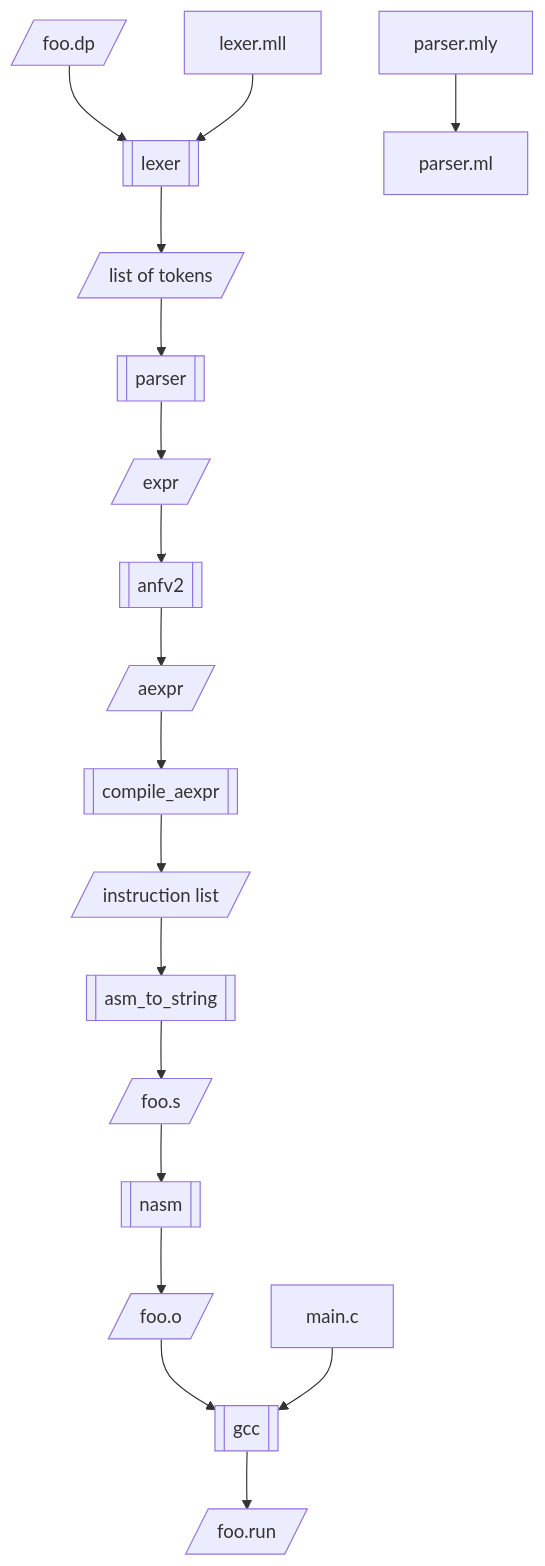
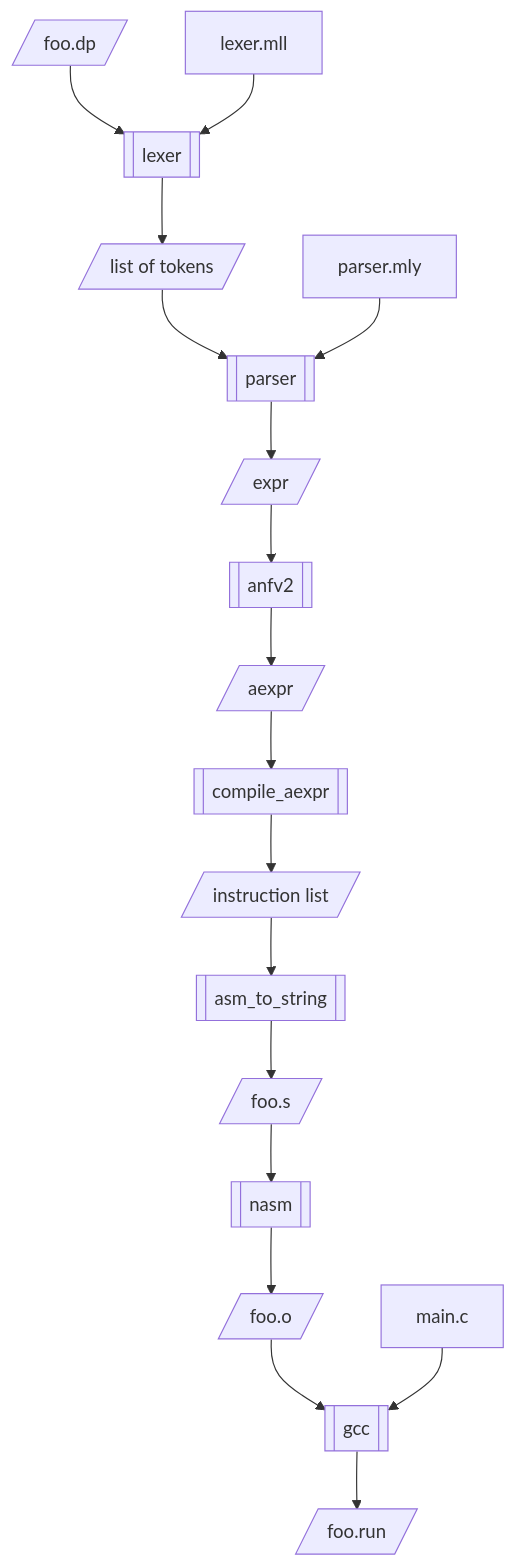
One commit to humberto-ortiz/compilers-2022 changed the diagram in dpc/compiler-diagram.md. Above: the diagram before and after it, drawn with Mermaid.

Commit message:
Moved parser node

````diff
--- a/dpc/compiler-diagram.md
+++ b/dpc/compiler-diagram.md
@@ -3,36 +3,36 @@
 ```mermaid
 flowchart TD
 in[/foo.dp/]
  -->
 lexer[[lexer]] 
  -->
 tok[/list of tokens/]
  -->
 parser[[parser]]
  -->
 expr[/expr/]
  -->
 anfv2[[anfv2]]
  -->
 aexpr[/aexpr/]
  -->
 comp[[compile_aexpr]]
  -->
 inst[/instruction list/]
  -->
 asm[[asm_to_string]]
  -->
 s[/foo.s/]
  -->
 nasm[[nasm]]
  -->
 obj[/foo.o/]
  -->
 gcc[[gcc]]
  -->
 run[/foo.run/]
 
 mll[lexer.mll] --> lexer
-mly[parser.mly] --> parser.ml
+mly[parser.mly] --> parser
 main.c --> gcc
 ```
````
